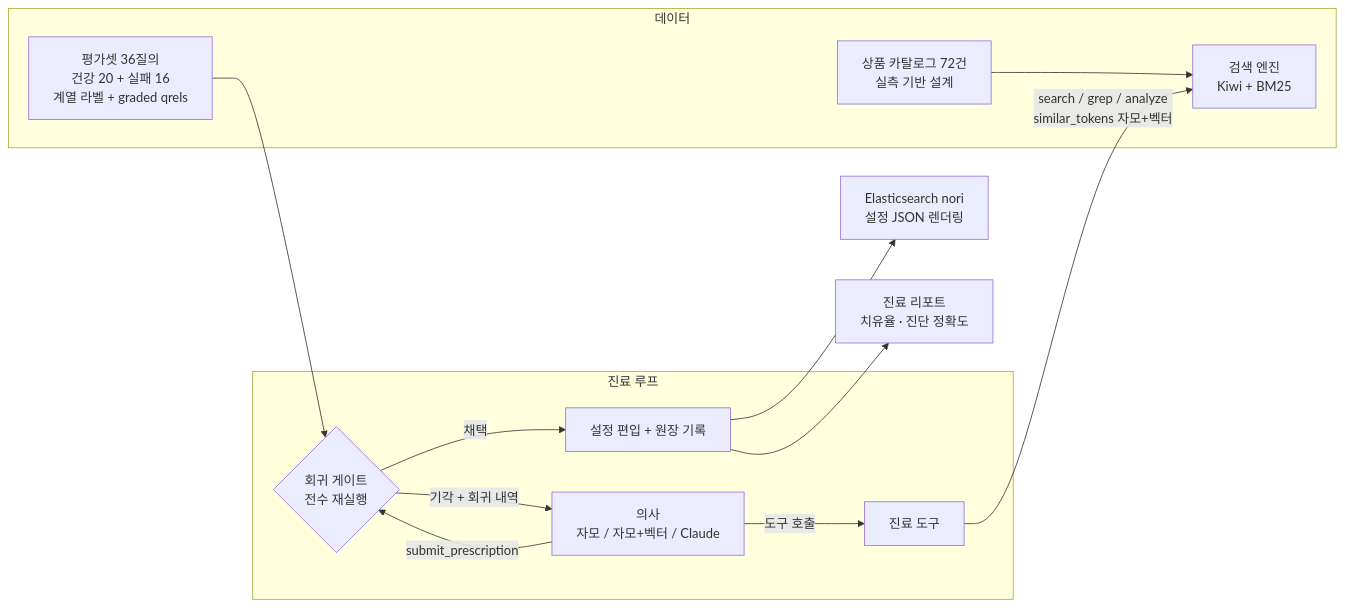
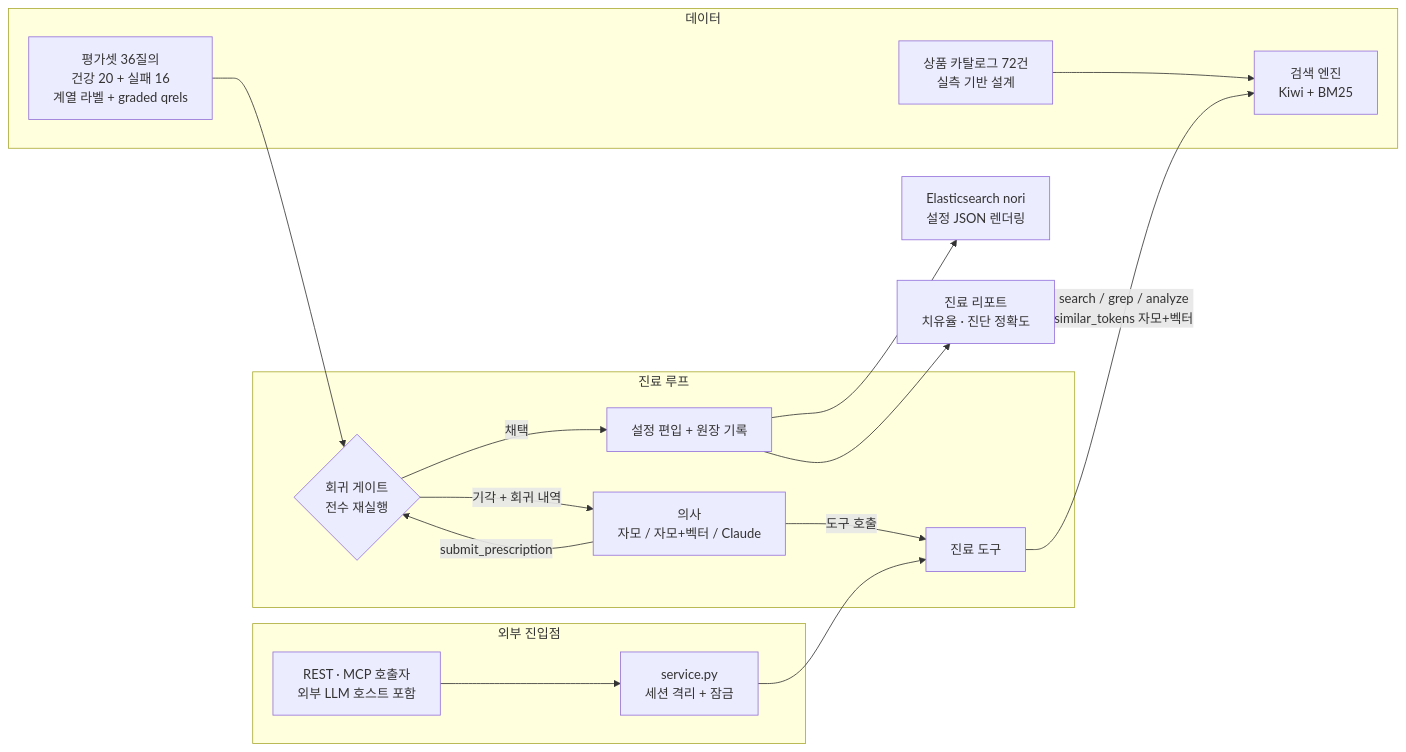
One commit to sokldjs554/ko-search-clinic changed the diagram in README.md. Above: the diagram before and after it, drawn with Mermaid. The commit also changed other lines of this file and 9 other files, not shown here.

````diff
--- a/README.md
+++ b/README.md
@@ -204,19 +207,24 @@
 ```mermaid
 flowchart LR
     subgraph 데이터
         C[상품 카탈로그 72건<br/>실측 기반 설계] --> E[검색 엔진<br/>Kiwi + BM25]
         Q[평가셋 36질의<br/>건강 20 + 실패 16<br/>계열 라벨 + graded qrels]
     end
 
     subgraph 진료 루프
         D[의사<br/>자모 / 자모+벡터 / Claude] -->|도구 호출| T[진료 도구]
         T -->|search / grep / analyze<br/>similar_tokens 자모+벡터| E
         D -->|submit_prescription| G{회귀 게이트<br/>전수 재실행}
         G -->|채택| A[설정 편입 + 원장 기록]
         G -->|기각 + 회귀 내역| D
     end
 
+    subgraph 외부 진입점
+        H[REST · MCP 호출자<br/>외부 LLM 호스트 포함] --> S[service.py<br/>세션 격리 + 잠금]
+        S --> T
+    end
+
     Q --> G
     A --> ES[Elasticsearch nori<br/>설정 JSON 렌더링]
     A --> R[진료 리포트<br/>치유율 · 진단 정확도]
 ```
````
